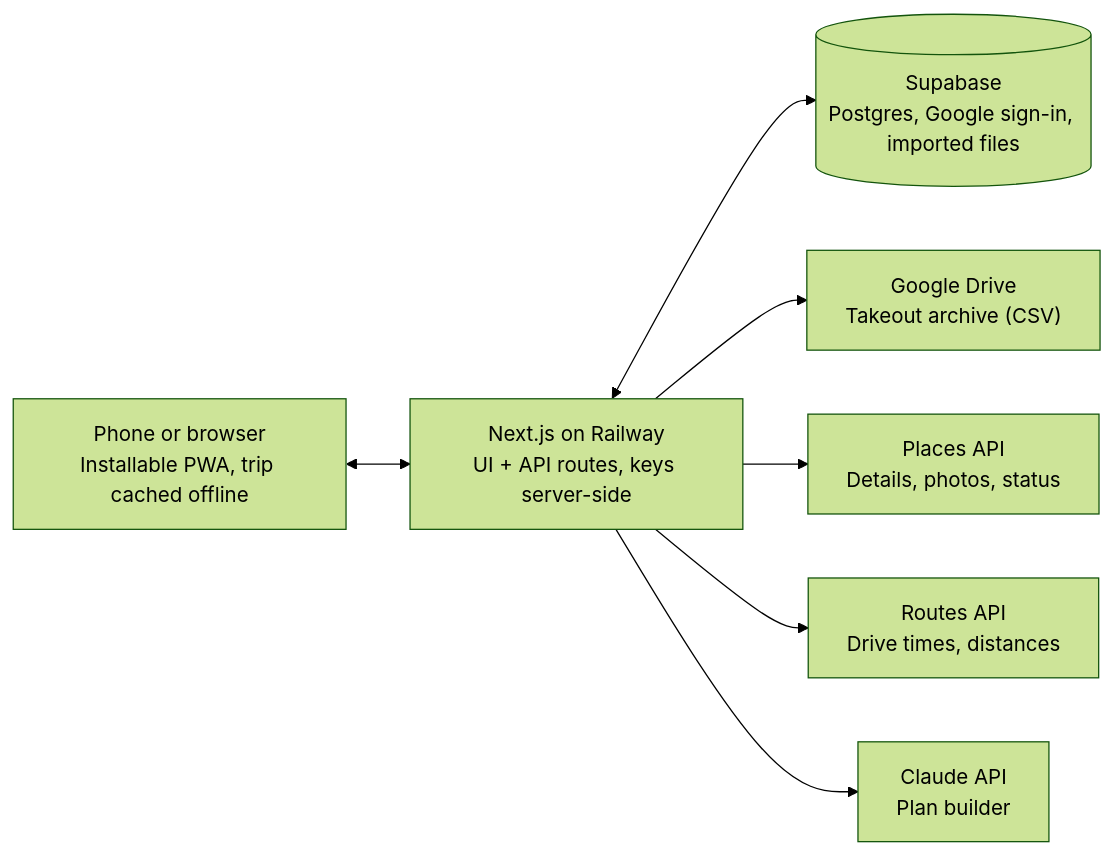
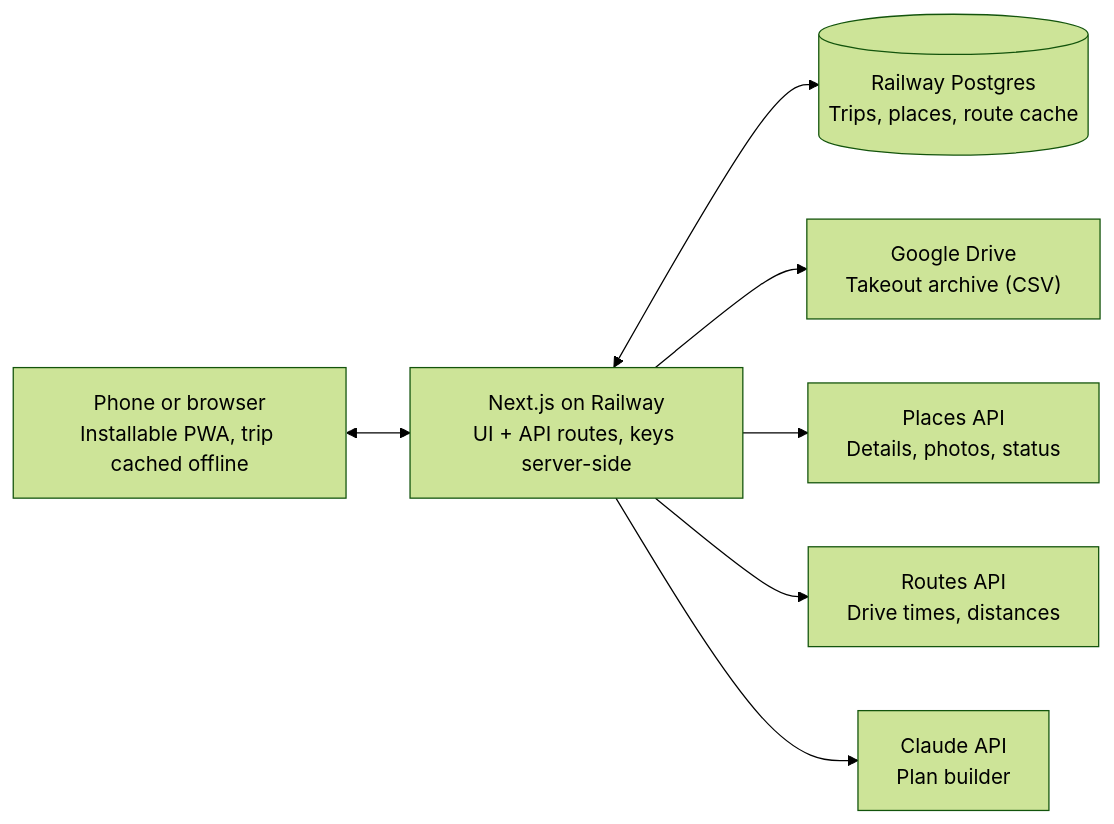
The diagram in SPEC.md (mattemason/travelplanner), drawn with Mermaid (forest theme) before and after one commit. The commit also changed other lines of this file and 14 other files, not shown here.

First line of the commit message:
Switch database from Supabase to Railway Postgres with Drizzle

````diff
--- a/SPEC.md
+++ b/SPEC.md
@@ -91,9 +92,9 @@
 ```mermaid
 flowchart LR
   B["Phone or browser<br/>Installable PWA, trip cached offline"] <--> S["Next.js on Railway<br/>UI + API routes, keys server-side"]
-  S <--> DB[("Supabase<br/>Postgres, Google sign-in, imported files")]
+  S <--> DB[("Railway Postgres<br/>Trips, places, route cache")]
   S --> D["Google Drive<br/>Takeout archive (CSV)"]
   S --> P["Places API<br/>Details, photos, status"]
   S --> R["Routes API<br/>Drive times, distances"]
   S --> C["Claude API<br/>Plan builder"]
 ```
````
